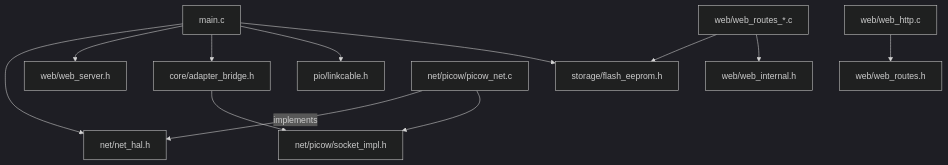
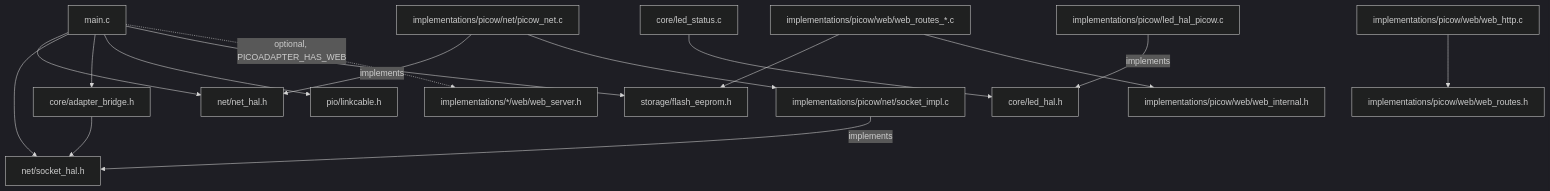
Before and after one commit to zenaro147/PicoAdapterGB: the diagram in doc/ARCHITECTURE.md, drawn with Mermaid (dark theme). The commit also changed other lines of this file and 44 other files, not shown here.

````diff
--- a/doc/ARCHITECTURE.md
+++ b/doc/ARCHITECTURE.md
@@ -57,17 +71,22 @@
 ```mermaid
 graph TD
     main[main.c] --> net_hal[net/net_hal.h]
-    main --> web_server[web/web_server.h]
+    main --> socket_hal[net/socket_hal.h]
     main --> adapter_bridge[core/adapter_bridge.h]
     main --> linkcable[pio/linkcable.h]
     main --> flash_eeprom[storage/flash_eeprom.h]
+    main -.optional, PICOADAPTER_HAS_WEB.-> web_server["implementations/*/web/web_server.h"]
 
-    adapter_bridge --> socket_impl[net/picow/socket_impl.h]
+    adapter_bridge --> socket_hal
 
-    net_picow[net/picow/picow_net.c] -->|implements| net_hal
+    net_picow["implementations/picow/net/picow_net.c"] -->|implements| net_hal
+    socket_impl["implementations/picow/net/socket_impl.c"] -->|implements| socket_hal
     net_picow --> socket_impl
 
-    web_http[web/web_http.c] --> web_routes[web/web_routes.h]
-    web_routes_impl[web/web_routes_*.c] --> flash_eeprom
-    web_routes_impl --> web_internal[web/web_internal.h]
+    led_status[core/led_status.c] --> led_hal[core/led_hal.h]
+    led_hal_picow["implementations/picow/led_hal_picow.c"] -->|implements| led_hal
+
+    web_http["implementations/picow/web/web_http.c"] --> web_routes["implementations/picow/web/web_routes.h"]
+    web_routes_impl["implementations/picow/web/web_routes_*.c"] --> flash_eeprom
+    web_routes_impl --> web_internal["implementations/picow/web/web_internal.h"]
 ```
````
